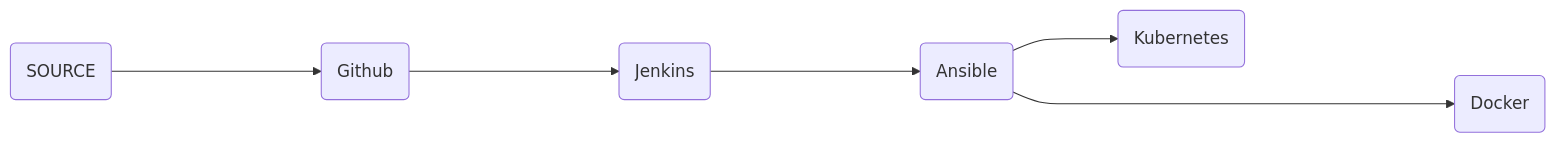
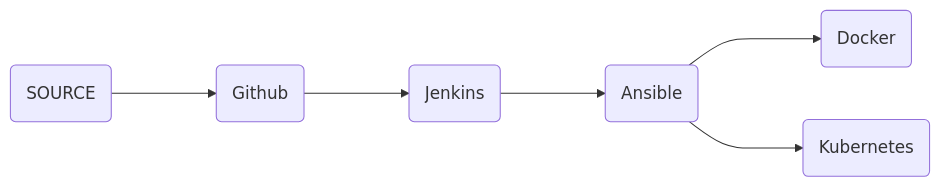
Before and after one commit to dev-hack95/devops_project_1: the diagram in README.md, drawn with Mermaid.

````diff
--- a/README.md
+++ b/README.md
@@ -3,8 +3,8 @@
 ```mermaid
 flowchart LR;
-    A(SOURCE) -----> B(Github);
-    B -----> C(Jenkins);
-    C -----> D(Ansible);
-    D -------> E(Docker);
+    A(SOURCE) ---> B(Github);
+    B ---> C(Jenkins);
+    C ---> D(Ansible);
+    D ---> E(Docker);
     D ---> F(Kubernetes);
 ```
````
